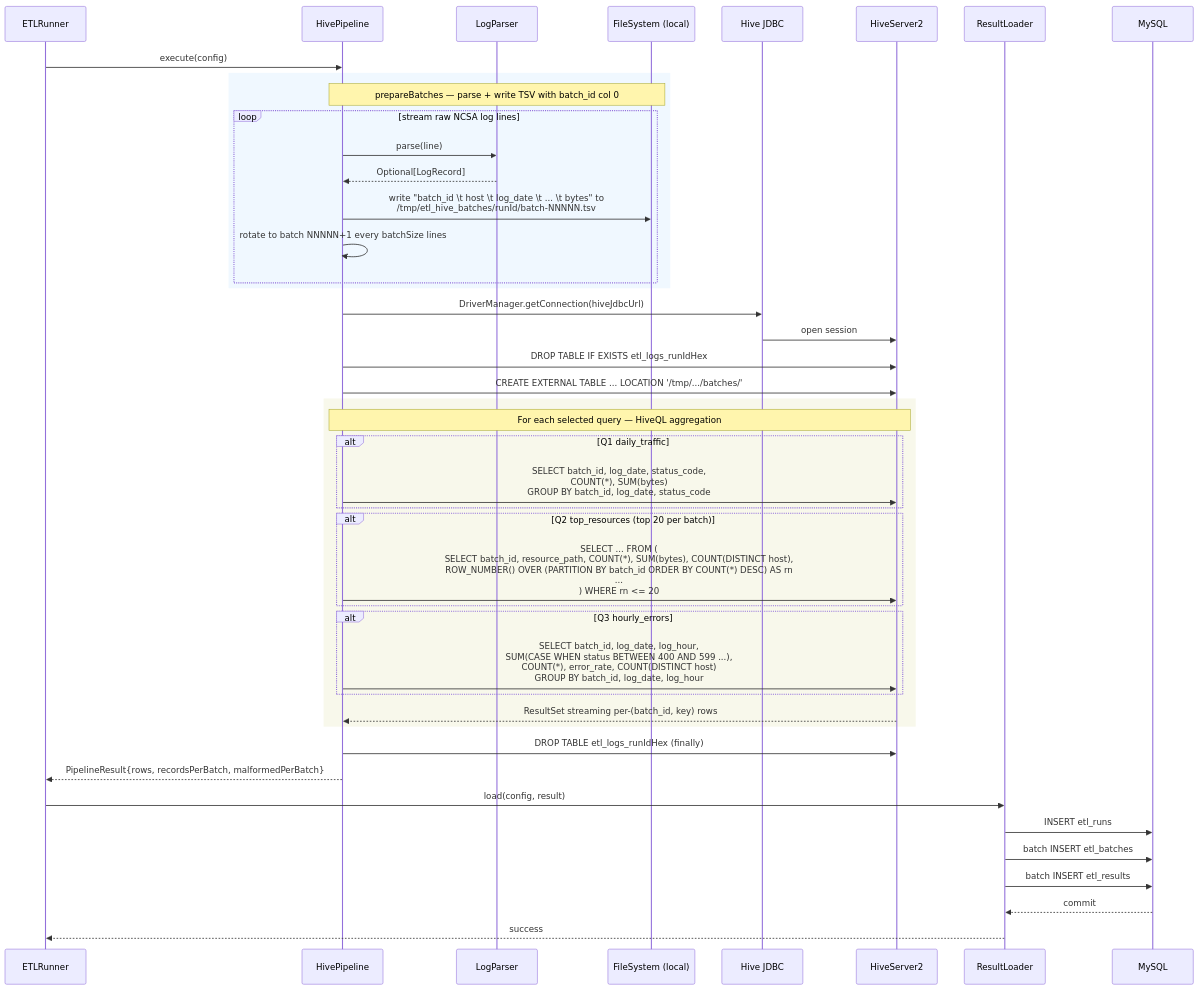
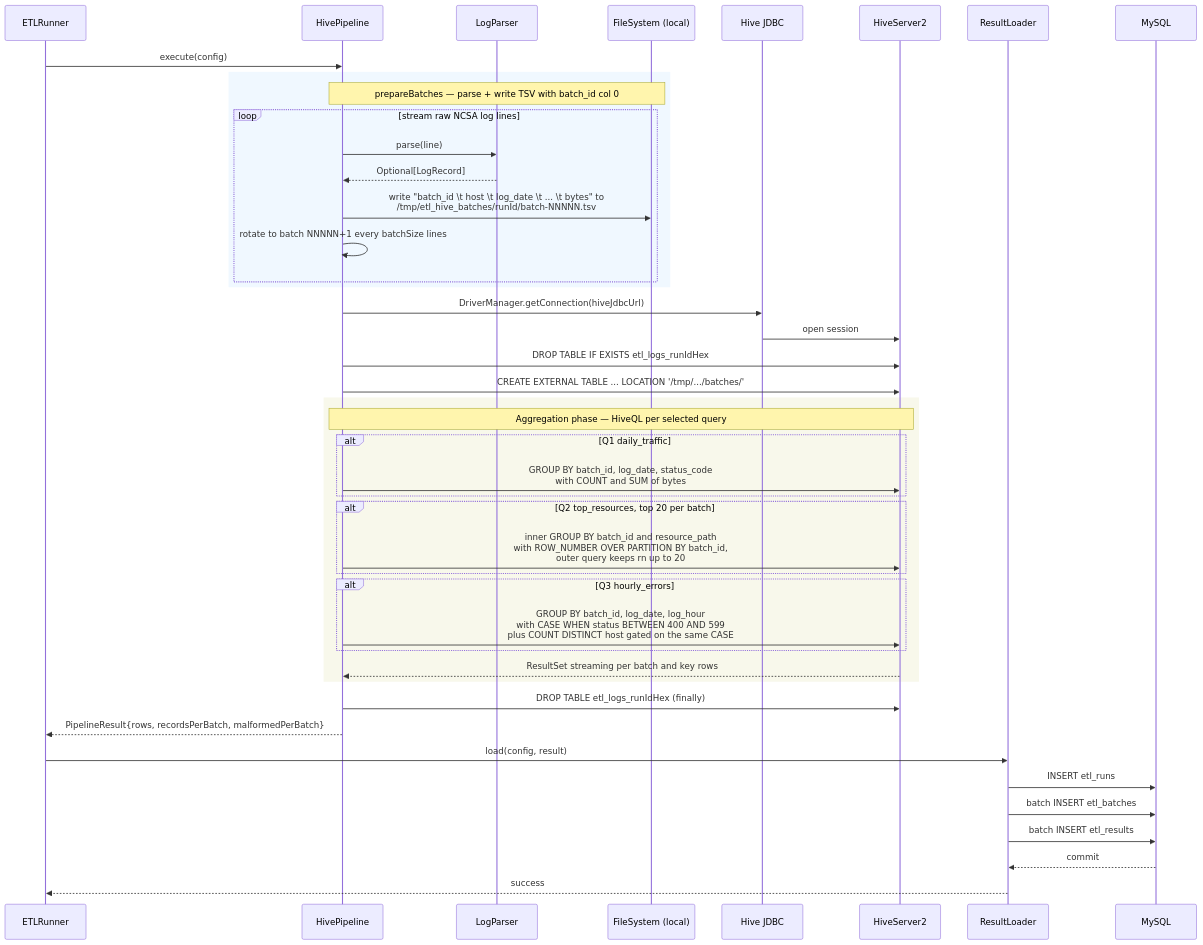
One commit to Rohitangshu2026/NoSQL changed the sixth of 7 diagrams in Project/etl-framework/README.md. Above: the diagram before and after it, drawn with Mermaid. The commit also changed other lines of this file, not shown here.

First line of the commit message:
fix(readme): sanitize mermaid syntax so flowchart and Mongo diagram render on GitHub

````diff
--- a/Project/etl-framework/README.md
+++ b/Project/etl-framework/README.md
@@ -382,56 +376,56 @@
 ```mermaid
 sequenceDiagram
 
 participant Runner as ETLRunner
 participant Hive as HivePipeline
 participant LP as LogParser
 participant FS as FileSystem (local)
 participant JDBC as Hive JDBC
 participant HS2 as HiveServer2
 participant Loader as ResultLoader
 participant DB as MySQL
 
 Runner->>Hive: execute(config)
 
 rect rgb(240, 248, 255)
 Note over Hive,FS: prepareBatches — parse + write TSV with batch_id col 0
 
 loop stream raw NCSA log lines
     Hive->>LP: parse(line)
     LP-->>Hive: Optional[LogRecord]
     Hive->>FS: write "batch_id \t host \t log_date \t ... \t bytes" to<br/>/tmp/etl_hive_batches/runId/batch-NNNNN.tsv
     Hive->>Hive: rotate to batch NNNNN+1 every batchSize lines
 end
 end
 
 Hive->>JDBC: DriverManager.getConnection(hiveJdbcUrl)
 JDBC->>HS2: open session
 Hive->>HS2: DROP TABLE IF EXISTS etl_logs_runIdHex
 Hive->>HS2: CREATE EXTERNAL TABLE ... LOCATION '/tmp/.../batches/'
 
 rect rgb(248, 248, 235)
-Note over Hive,HS2: For each selected query — HiveQL aggregation
+Note over Hive,HS2: Aggregation phase — HiveQL per selected query
 
 alt Q1 daily_traffic
-    Hive->>HS2: SELECT batch_id, log_date, status_code,<br/>COUNT(*), SUM(bytes)<br/>GROUP BY batch_id, log_date, status_code
+    Hive->>HS2: GROUP BY batch_id, log_date, status_code<br/>with COUNT and SUM of bytes
 end
-alt Q2 top_resources (top 20 per batch)
-    Hive->>HS2: SELECT ... FROM (<br/>  SELECT batch_id, resource_path, COUNT(*), SUM(bytes), COUNT(DISTINCT host),<br/>         ROW_NUMBER() OVER (PARTITION BY batch_id ORDER BY COUNT(*) DESC) AS rn<br/>  ...<br/>) WHERE rn <= 20
+alt Q2 top_resources, top 20 per batch
+    Hive->>HS2: inner GROUP BY batch_id and resource_path<br/>with ROW_NUMBER OVER PARTITION BY batch_id,<br/>outer query keeps rn up to 20
 end
 alt Q3 hourly_errors
-    Hive->>HS2: SELECT batch_id, log_date, log_hour,<br/>SUM(CASE WHEN status BETWEEN 400 AND 599 ...),<br/>COUNT(*), error_rate, COUNT(DISTINCT host)<br/>GROUP BY batch_id, log_date, log_hour
+    Hive->>HS2: GROUP BY batch_id, log_date, log_hour<br/>with CASE WHEN status BETWEEN 400 AND 599<br/>plus COUNT DISTINCT host gated on the same CASE
 end
-HS2-->>Hive: ResultSet streaming per-(batch_id, key) rows
+HS2-->>Hive: ResultSet streaming per batch and key rows
 end
 
 Hive->>HS2: DROP TABLE etl_logs_runIdHex  (finally)
 
 Hive-->>Runner: PipelineResult{rows, recordsPerBatch, malformedPerBatch}
 
 Runner->>Loader: load(config, result)
 Loader->>DB: INSERT etl_runs
 Loader->>DB: batch INSERT etl_batches
 Loader->>DB: batch INSERT etl_results
 DB-->>Loader: commit
 Loader-->>Runner: success
 ```
````
